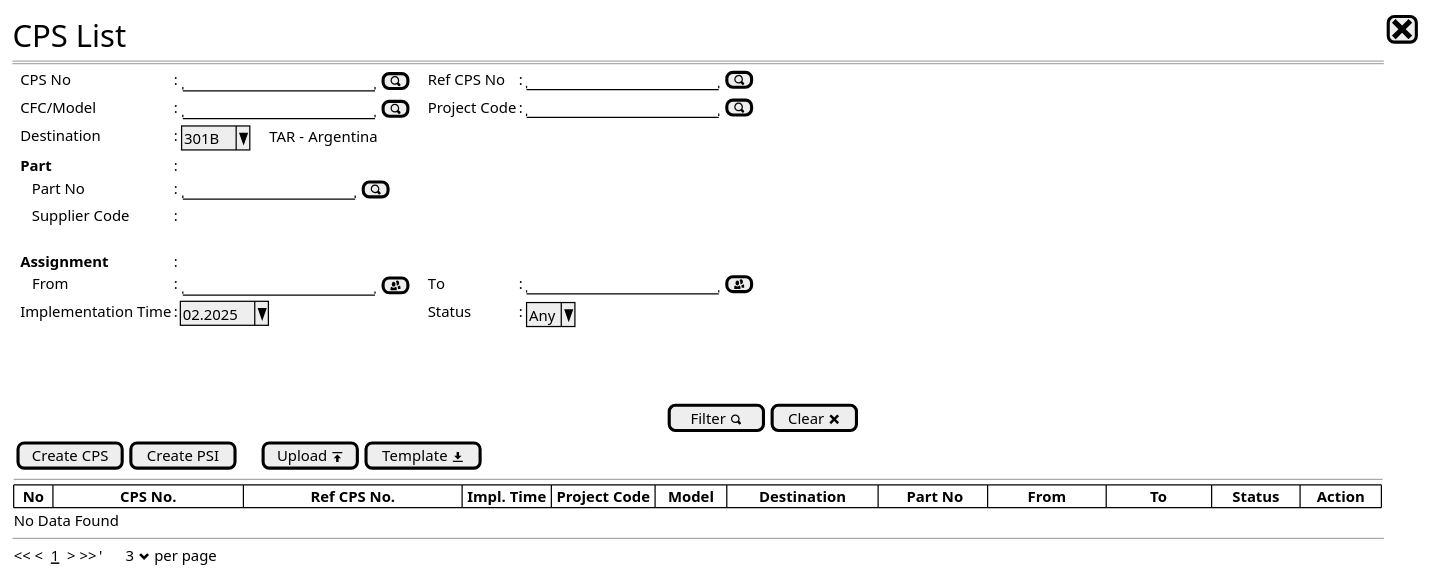
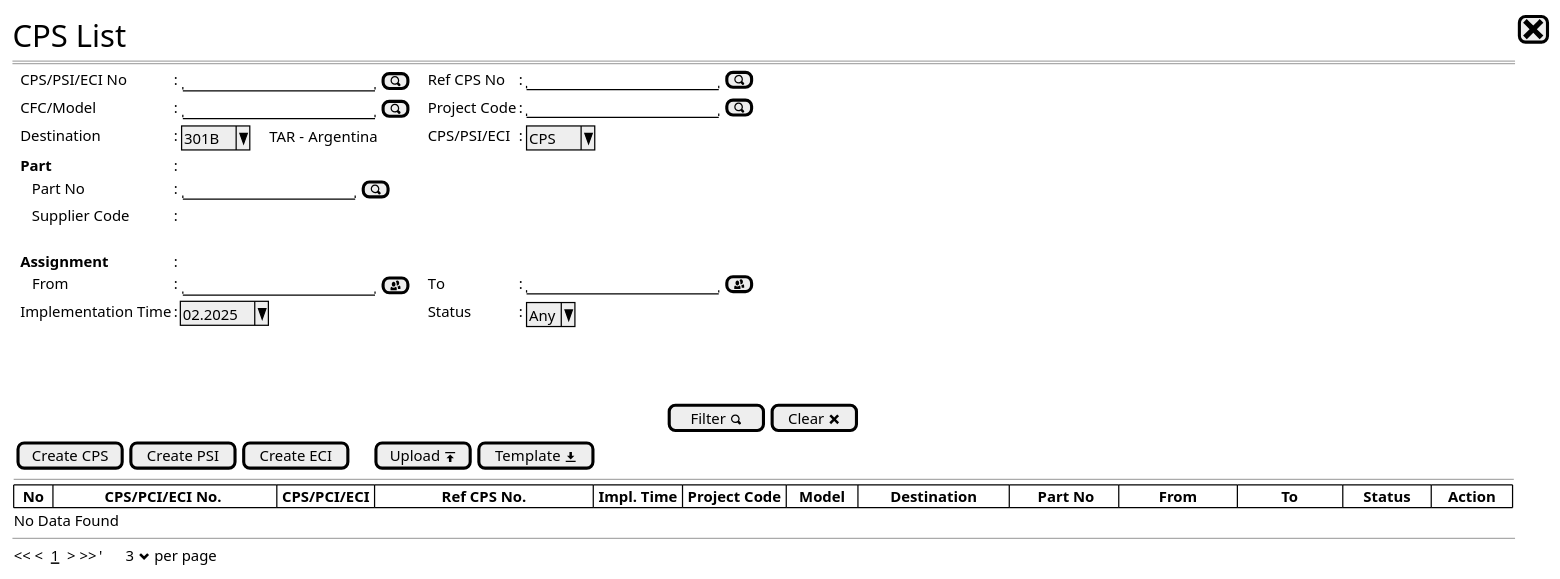
Before and after one commit to ari-fikri/packing-cost-mockup: the diagram in CPS PSE scenario/cps - new step0 (pse).puml, drawn with PlantUML. The commit also changed 1 other file, not shown here.

Commit message:
Accomodate record of type CPS/PSI/ECI into the CPS List

```diff
--- a/CPS PSE scenario/cps - new step0 (pse).puml
+++ b/CPS PSE scenario/cps - new step0 (pse).puml
@@ -1,35 +1,35 @@
 @startsalt
 {
   <size:25>CPS List |[<size:25><&x>]|*
   ==
   {
-    .|CPS No              |: {|"                   "|[<&magnifying-glass>] |}.|.|Ref CPS No          |: |"                   "|[<&magnifying-glass>]|*
+    .|CPS/PSI/ECI No      |: {|"                   "|[<&magnifying-glass>] |}.|.|Ref CPS No          |: |"                   "|[<&magnifying-glass>]|*
     .|CFC/Model           |: {|"                   "|[<&magnifying-glass>] |}.|.|Project Code        |: |"                   "|[<&magnifying-glass>]|*
-    .|Destination         |: {|^301B ^|    TAR - Argentina |}                .|*
+    .|Destination         |: {|^301B ^|    TAR - Argentina |}                .|.|CPS/PSI/ECI         |: {|^ CPS ^             |}*
     .|<b>Part          |: |*
     .|   Part No             |: {|"                 "|[<&magnifying-glass>]|}*
     .|   Supplier Code       |: {|                  |}*    
     .
     .|<b>Assignment          |: |*
     .|   From                |: {|"                   "|[<&people>]           |}.|.|To                  |: |"                   "|[<&people>]|*
     .|Implementation Time |: |^02.2025^     |.|.|Status        |: {| ^Any^ |}*    
   }
   .
   .
   .
   {|                                                                                                                                                                        |[Filter <&magnifying-glass>]|[Clear <&x>]|}
   {   
-    {[Create CPS] | [Create PSI]|.|.                |.           |                        [Upload <&data-transfer-upload>]| [Template <&data-transfer-download>]|} *
+    {[Create CPS] | [Create PSI]|[Create ECI]|.|.                |.           |                        [Upload <&data-transfer-upload>]| [Template <&data-transfer-download>]|} *
     --
     {#
-      |  <b>No  |                 <b>CPS No.                 |                 <b>Ref CPS No.                 | <b>Impl. Time | <b>Project Code |   <b>Model   |        <b>Destination        |      <b> Part No      |          <b>From          |           <b>To           |     <b>Status     |    <b>Action    |*|*
+      |  <b>No  |             <b>CPS/PCI/ECI No.              | <b>CPS/PCI/ECI |                 <b>Ref CPS No.                 | <b>Impl. Time | <b>Project Code |   <b>Model   |        <b>Destination        |      <b> Part No      |          <b>From          |           <b>To           |     <b>Status     |    <b>Action    |*|*
       '|                    |                    |                  |                 |              |                |                           |                           |                   |                   |*|*|*
     }
     No Data Found    
   }
   --
   {
   << <  __1__  > >>  |'      3 <&chevron-bottom> per page |*
   }  
 }
 @endsalt
```
